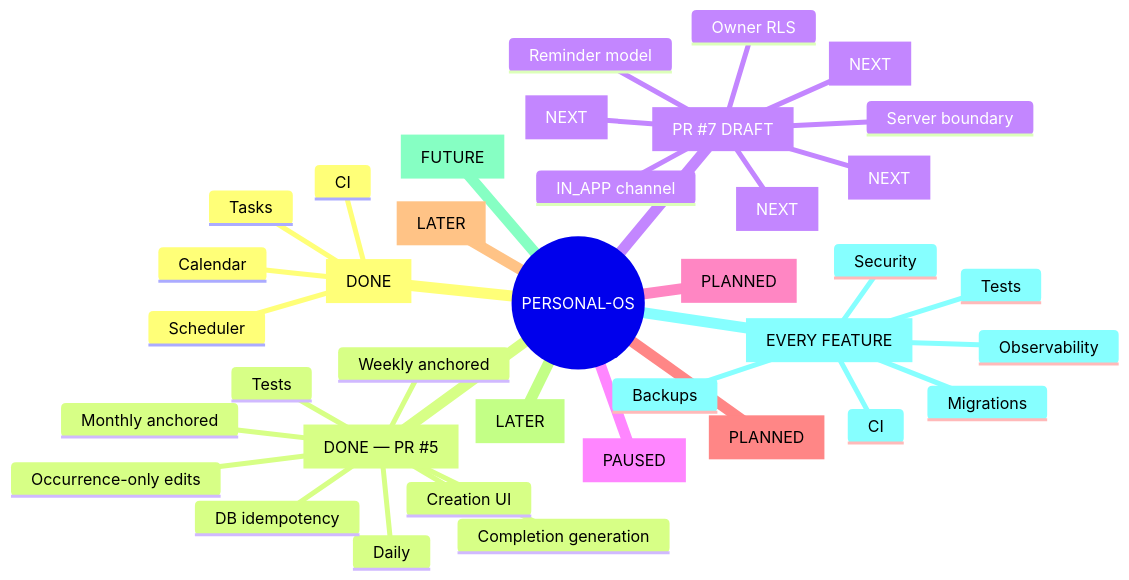
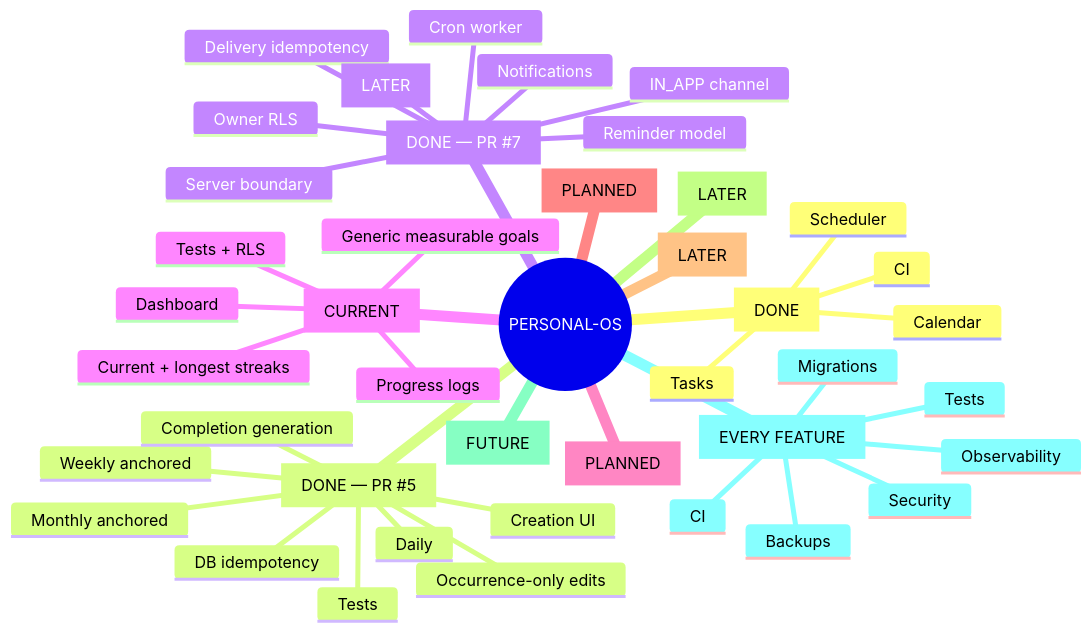
Before and after one commit to mohith-krishnaa/personal-os: the diagram in PROJECT_STATE.md, drawn with Mermaid. The commit also changed other lines of this file, not shown here.

Commit message:
docs: sync project state after reminders merge

````diff
--- a/PROJECT_STATE.md
+++ b/PROJECT_STATE.md
@@ -128,40 +122,45 @@
 ```mermaid
 mindmap
   root((PERSONAL-OS))
     Core Productivity [DONE]
       Tasks
       Scheduler
       Calendar
       CI
     Recurring Tasks V1 [DONE — PR #5]
       Daily
       Weekly anchored
       Monthly anchored
       Completion generation
       DB idempotency
       Tests
       Creation UI
       Occurrence-only edits
-    Reminders V1 [PR #7 DRAFT]
+    Reminders V1 [DONE — PR #7]
       Reminder model
       Owner RLS
       Server boundary
       IN_APP channel
-      Delivery worker [NEXT]
-      Notification UI [NEXT]
-      Timezone/DST [NEXT]
-      Delivery idempotency [NEXT]
-    Progress & Streaks [PAUSED]
+      Cron worker
+      Notifications
+      Delivery idempotency
+      Timezone/DST hardening [LATER]
+    Progress & Streaks V1 [CURRENT]
+      Generic measurable goals
+      Progress logs
+      Current + longest streaks
+      Dashboard
+      Tests + RLS
     Organization [PLANNED]
     Analytics [PLANNED]
     AI Assistant [LATER]
     Research Agent [LATER]
     Adaptive Scheduling [FUTURE]
     Quality Gates [EVERY FEATURE]
       Security
       Tests
       CI
       Migrations
       Observability
       Backups
 ```
````
